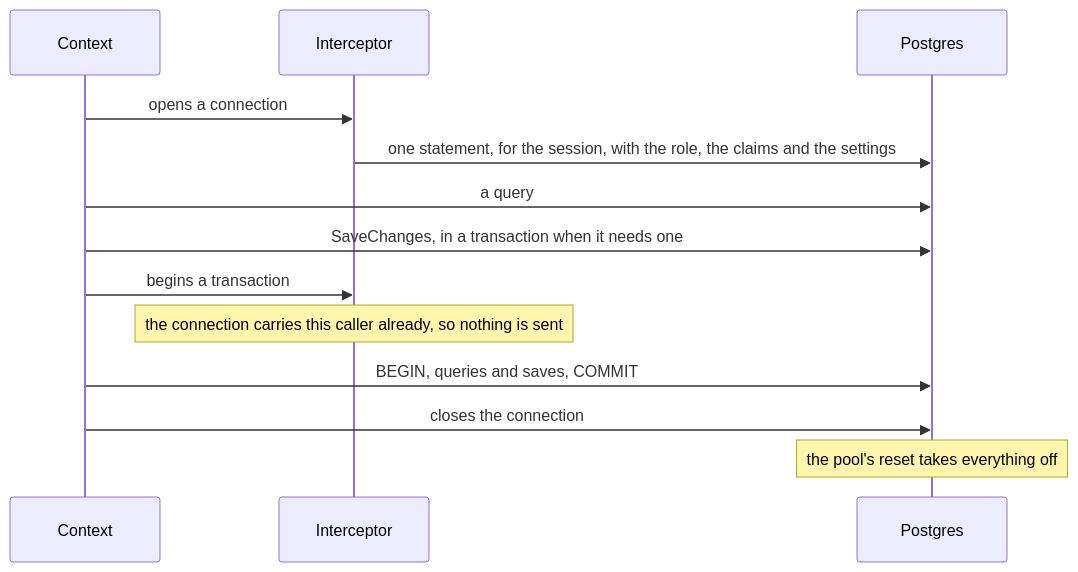
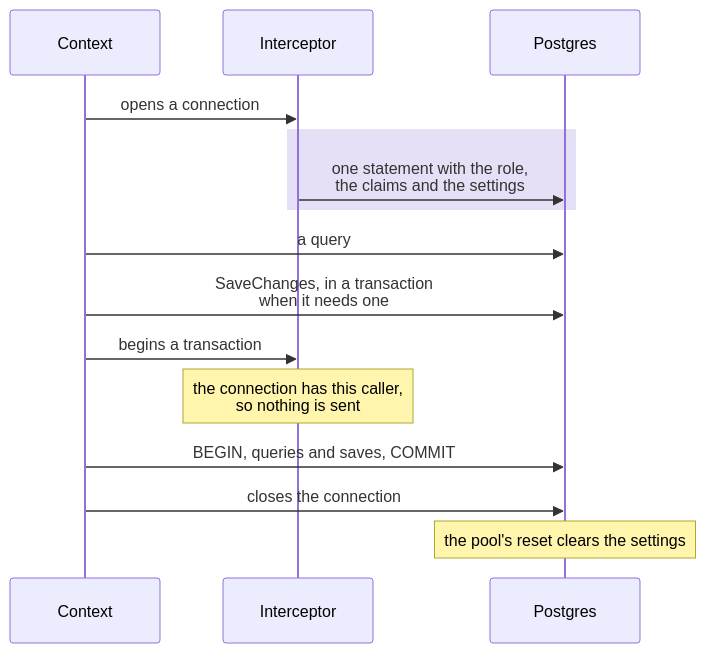
One commit to DylanSnel/DDDToolkit changed the first of 14 diagrams in docs/row-level-security.md. Above: the diagram before and after it, drawn with Mermaid. The commit also changed other lines of this file and 41 other files, not shown here.

First line of the commit message:
Docs: plain prose, one word per concept, and readable diagrams on every page

````diff
--- a/docs/row-level-security.md
+++ b/docs/row-level-security.md
@@ -125,15 +143,17 @@
 ```mermaid
 sequenceDiagram
     participant Context
     participant Interceptor
     participant Postgres
     Context->>Interceptor: opens a connection
-    Interceptor->>Postgres: one statement, for the session, with the role, the claims and the settings
+    rect rgba(91, 46, 201, 0.15)
+    Interceptor->>Postgres: one statement with the role,<br/>the claims and the settings
+    end
     Context->>Postgres: a query
-    Context->>Postgres: SaveChanges, in a transaction when it needs one
+    Context->>Postgres: SaveChanges, in a transaction<br/>when it needs one
     Context->>Interceptor: begins a transaction
-    Note over Interceptor: the connection carries this caller already, so nothing is sent
+    Note over Interceptor: the connection has this caller,<br/>so nothing is sent
     Context->>Postgres: BEGIN, queries and saves, COMMIT
     Context->>Postgres: closes the connection
-    Note over Postgres: the pool's reset takes everything off
+    Note over Postgres: the pool's reset clears the settings
 ```
````
